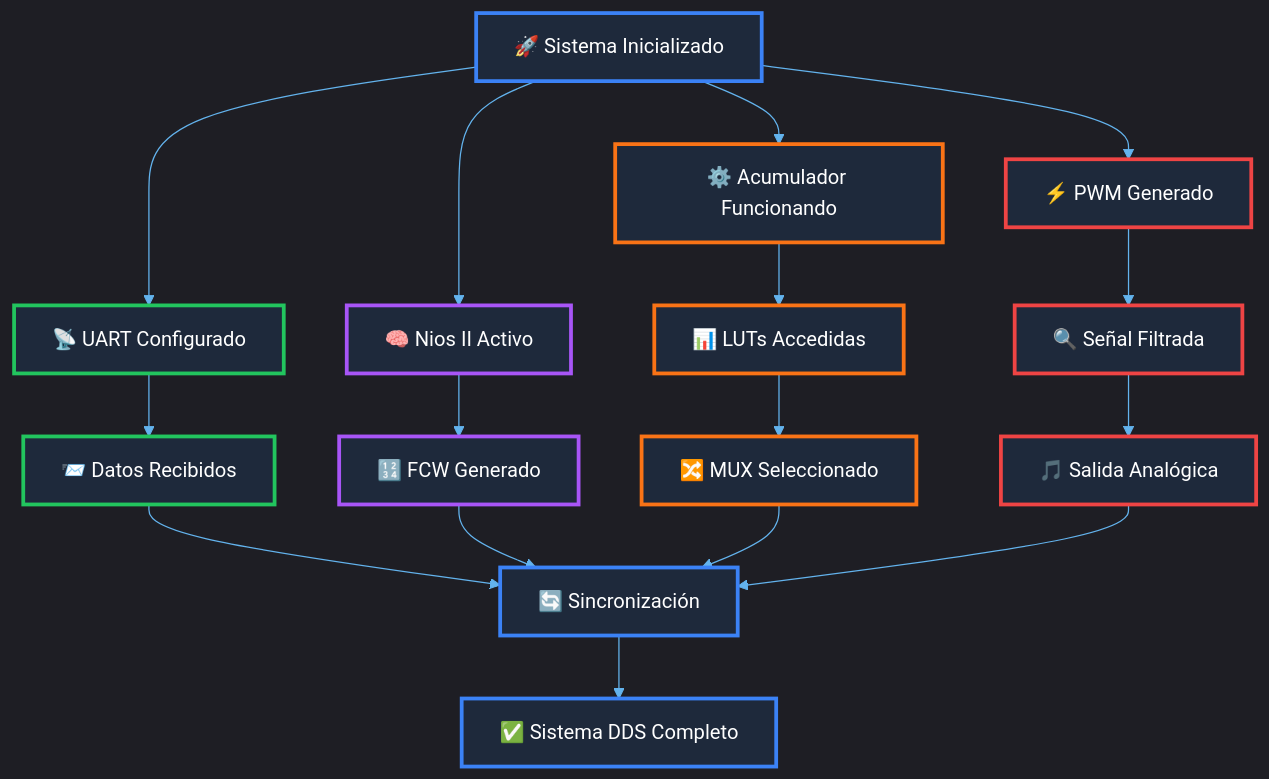
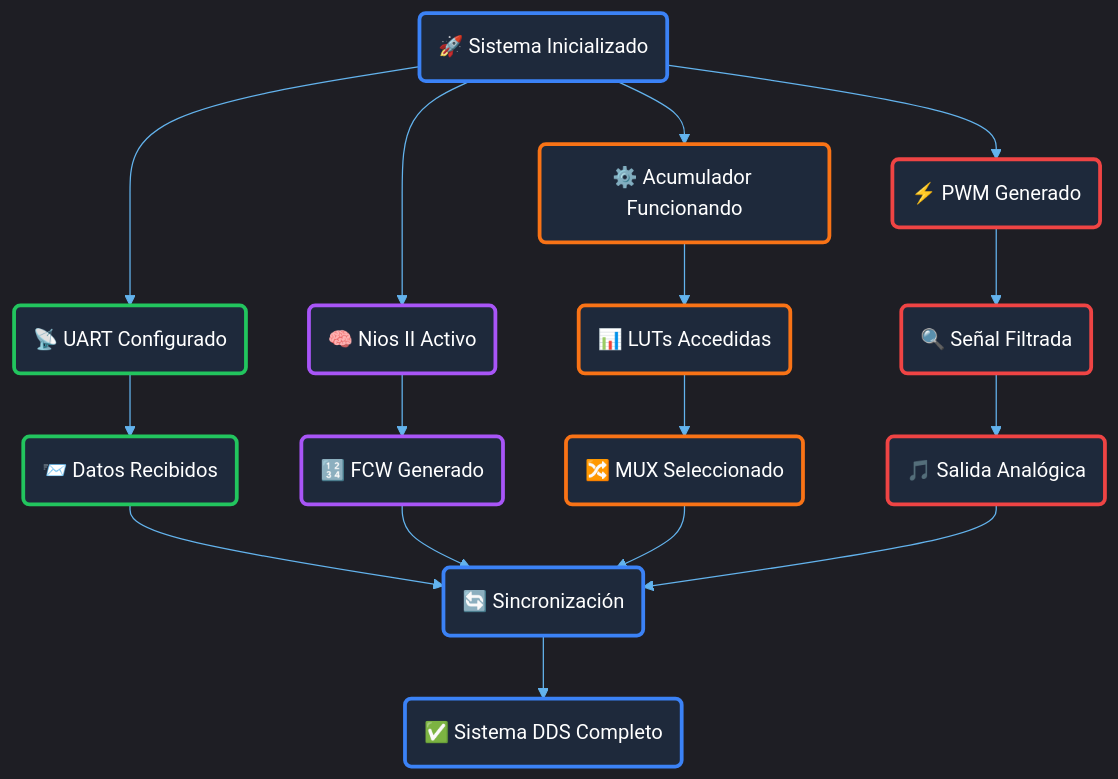
Before and after one commit to Cahura/DDS-Direct-Digital-Synthesis: the third of 3 diagrams in README.md, drawn with Mermaid. The commit also changed other lines of this file, not shown here.

````diff
--- a/README.md
+++ b/README.md
@@ -230,39 +239,39 @@
 ```mermaid
 %%{init: {'theme':'dark', 'themeVariables': { 'primaryColor': '#2d3748', 'primaryTextColor': '#e2e8f0', 'primaryBorderColor': '#4a5568', 'lineColor': '#63b3ed', 'secondaryColor': '#1a202c', 'tertiaryColor': '#2d3748'}}}%%
 graph TD
-    START["🚀 Sistema Inicializado"] --> INIT_UART["📡 UART Configurado"]
-    INIT_UART --> RECV_DATA["📨 Datos Recibidos"]
+    START("🚀 Sistema Inicializado") --> INIT_UART("📡 UART Configurado")
+    INIT_UART --> RECV_DATA("📨 Datos Recibidos")
     
-    START --> INIT_NIOS["🧠 Nios II Activo"]
-    INIT_NIOS --> GEN_FCW["🔢 FCW Generado"]
+    START --> INIT_NIOS("🧠 Nios II Activo")
+    INIT_NIOS --> GEN_FCW("🔢 FCW Generado")
     
-    START --> INIT_DDS["⚙️ Acumulador Funcionando"]
-    INIT_DDS --> ACCESS_LUT["📊 LUTs Accedidas"]
-    ACCESS_LUT --> SELECT_MUX["🔀 MUX Seleccionado"]
+    START --> INIT_DDS("⚙️ Acumulador Funcionando")
+    INIT_DDS --> ACCESS_LUT("📊 LUTs Accedidas")
+    ACCESS_LUT --> SELECT_MUX("🔀 MUX Seleccionado")
     
-    START --> INIT_OUTPUT["⚡ PWM Generado"]
-    INIT_OUTPUT --> FILTER_SIG["🔍 Señal Filtrada"]
-    FILTER_SIG --> ANALOG_OUT["🎵 Salida Analógica"]
+    START --> INIT_OUTPUT("⚡ PWM Generado")
+    INIT_OUTPUT --> FILTER_SIG("🔍 Señal Filtrada")
+    FILTER_SIG --> ANALOG_OUT("🎵 Salida Analógica")
     
-    RECV_DATA --> MERGE["🔄 Sincronización"]
+    RECV_DATA --> MERGE("🔄 Sincronización")
     GEN_FCW --> MERGE
     SELECT_MUX --> MERGE
     ANALOG_OUT --> MERGE
     
-    MERGE --> COMPLETE["✅ Sistema DDS Completo"]
+    MERGE --> COMPLETE("✅ Sistema DDS Completo")
     
     %% Estilos del timeline tema oscuro
     classDef startStyle fill:#1e293b,stroke:#3b82f6,stroke-width:3px,color:#ffffff
     classDef uartStyle fill:#1e293b,stroke:#22c55e,stroke-width:3px,color:#ffffff
     classDef niosStyle fill:#1e293b,stroke:#a855f7,stroke-width:3px,color:#ffffff
     classDef ddsStyle fill:#1e293b,stroke:#f97316,stroke-width:3px,color:#ffffff
     classDef outputStyle fill:#1e293b,stroke:#ef4444,stroke-width:3px,color:#ffffff
     classDef mergeStyle fill:#1e293b,stroke:#64748b,stroke-width:3px,color:#ffffff
     classDef completeStyle fill:#1e293b,stroke:#059669,stroke-width:3px,color:#ffffff
     
     class START,MERGE,COMPLETE startStyle
     class INIT_UART,RECV_DATA uartStyle
     class INIT_NIOS,GEN_FCW niosStyle
     class INIT_DDS,ACCESS_LUT,SELECT_MUX ddsStyle
     class INIT_OUTPUT,FILTER_SIG,ANALOG_OUT outputStyle
 ```
````
